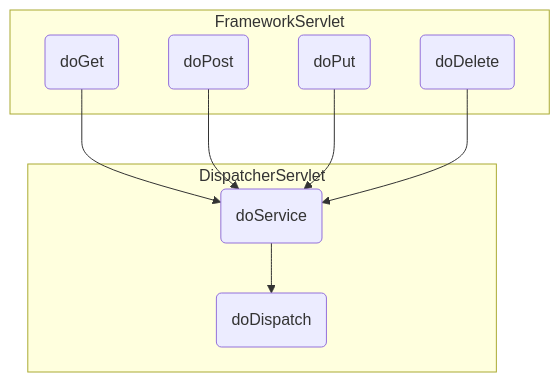
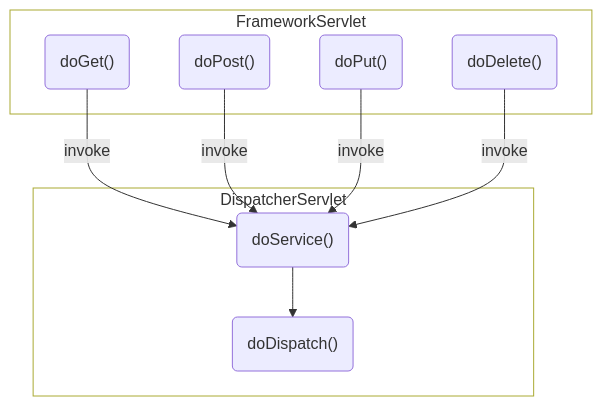
Before and after one commit to domeniczz/learnJavaDev: the seventh of 42 diagrams in DevTech/Spring.md, drawn with Mermaid. The commit also changed other lines of this file and 6 other files, not shown here.

````diff
--- a/DevTech/Spring.md
+++ b/DevTech/Spring.md
@@ -5902,16 +5998,19 @@
 ```mermaid
 flowchart
   subgraph FrameworkServlet
-    B("doGet")
-    C("doPost")
-    D("doPut")
-    E("doDelete")
+    B("doGet()")
+    C("doPost()")
+    D("doPut()")
+    E("doDelete()")
   end
   subgraph DispatcherServlet
-    B --> F("doService")
-    C --> F
-    D --> F
-    E --> F
-    F --> G("doDispatch")
+    B --"invoke"--> F("doService()")
+    C --"invoke"--> F
+    D --"invoke"--> F
+    E --"invoke"--> F
+    F --> G("doDispatch()")
   end
+  classDef subgraphstyle fill:transparent
+  class FrameworkServlet subgraphstyle
+  class DispatcherServlet subgraphstyle
 ```
````
